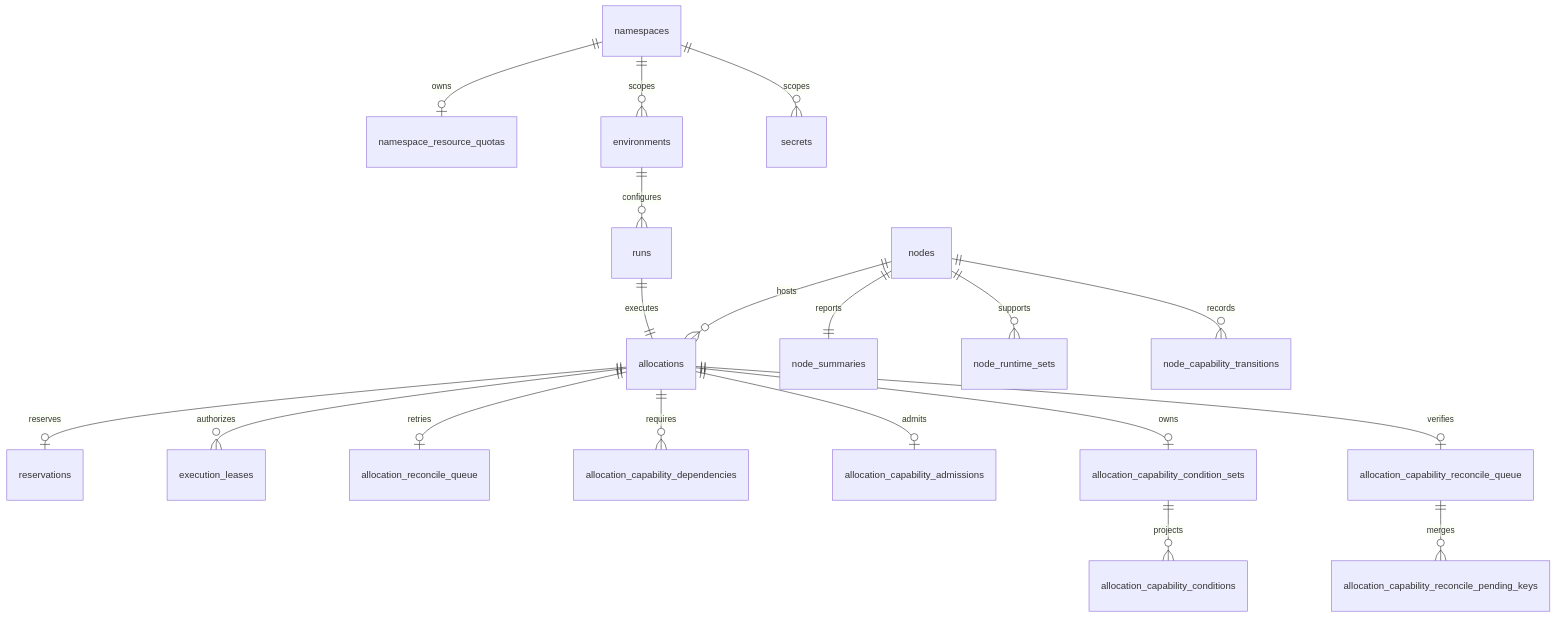
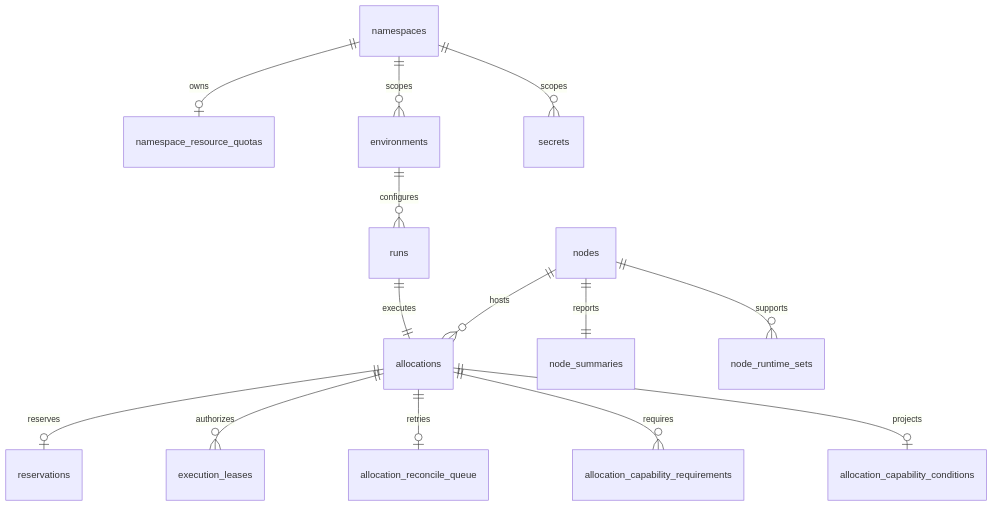
The second of 4 diagrams in control/controld/docs/postgres-schema-design.md (cofy-x/axern), drawn with Mermaid before and after one commit. The commit also changed other lines of this file and 149 other files, not shown here.

````diff
--- a/control/controld/docs/postgres-schema-design.md
+++ b/control/controld/docs/postgres-schema-design.md
@@ -34,21 +34,16 @@
 ```mermaid
 erDiagram
   namespaces ||--o| namespace_resource_quotas : owns
   namespaces ||--o{ environments : scopes
   namespaces ||--o{ secrets : scopes
   environments ||--o{ runs : configures
   runs ||--|| allocations : executes
   nodes ||--o{ allocations : hosts
   nodes ||--|| node_summaries : reports
   nodes ||--o{ node_runtime_sets : supports
   allocations ||--o| reservations : reserves
   allocations ||--o{ execution_leases : authorizes
   allocations ||--o| allocation_reconcile_queue : retries
-  allocations ||--o{ allocation_capability_dependencies : requires
-  allocations ||--o| allocation_capability_admissions : admits
-  allocations ||--o| allocation_capability_condition_sets : owns
-  allocation_capability_condition_sets ||--o{ allocation_capability_conditions : projects
-  allocations ||--o| allocation_capability_reconcile_queue : verifies
-  allocation_capability_reconcile_queue ||--o{ allocation_capability_reconcile_pending_keys : merges
-  nodes ||--o{ node_capability_transitions : records
+  allocations ||--o{ allocation_capability_requirements : requires
+  allocations ||--o| allocation_capability_conditions : projects
 ```
````
